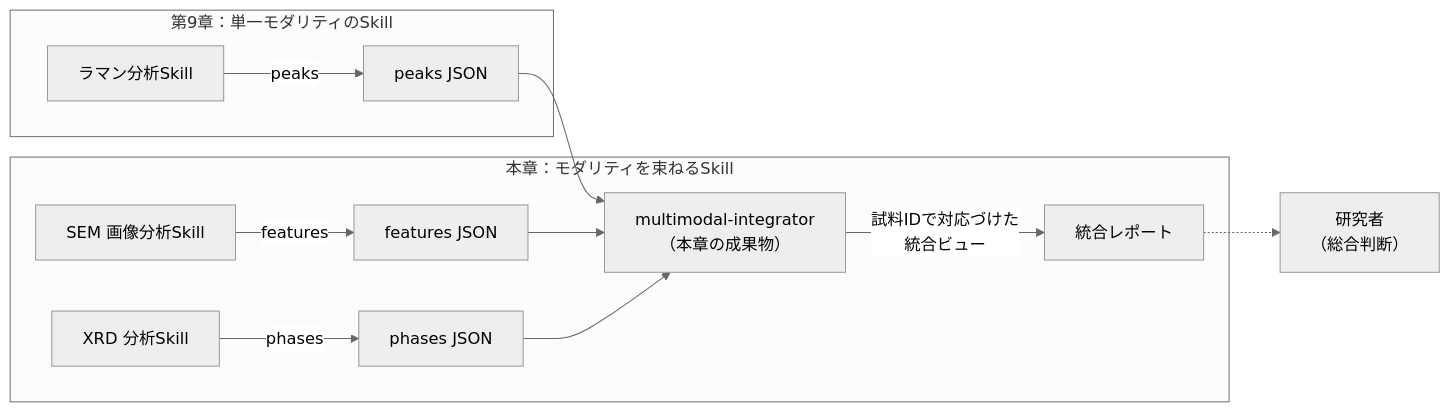
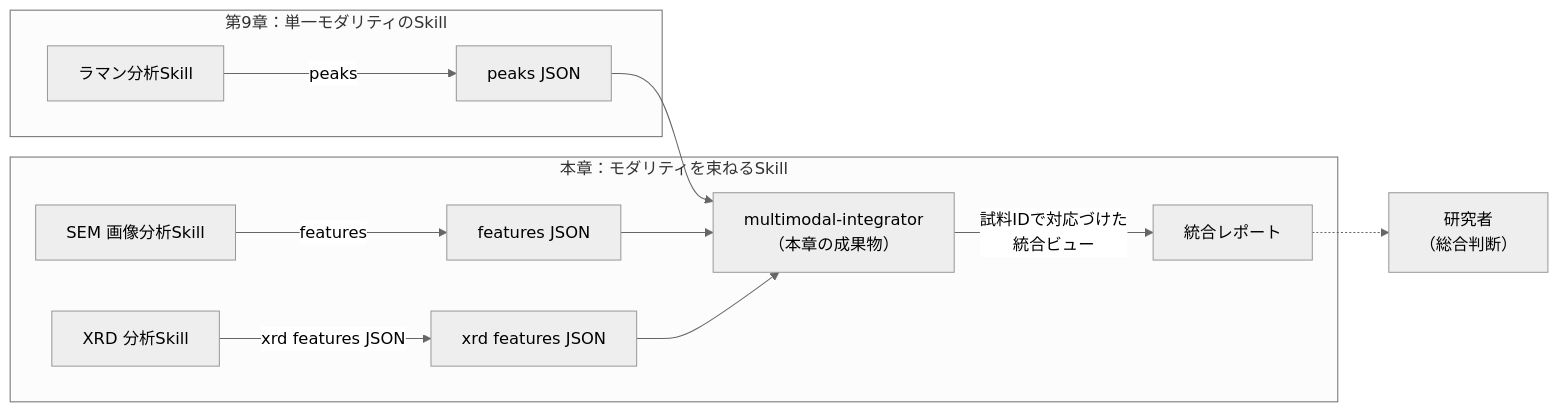
Before and after one commit to nahisaho/agentic-data-analysis-cookbook: the first of 2 diagrams in reports/chapter-11.md, drawn with Mermaid (neutral theme). The commit also changed other lines of this file, not shown here.

````diff
--- a/reports/chapter-11.md
+++ b/reports/chapter-11.md
@@ -22,13 +25,13 @@
 ```mermaid
 flowchart LR
     subgraph Ch9["第9章：単一モダリティのSkill"]
         R1["ラマン分析Skill"] -->|peaks| J1["peaks JSON"]
     end
     subgraph New["本章：モダリティを束ねるSkill"]
         S["SEM 画像分析Skill"] -->|features| J2["features JSON"]
-        X["XRD 分析Skill"] -->|phases| J3["phases JSON"]
+        X["XRD 分析Skill"] -->|xrd features JSON| J3["xrd features JSON"]
         J1 & J2 & J3 --> M["multimodal-integrator<br/>（本章の成果物）"]
         M -->|試料IDで対応づけた<br/>統合ビュー| Report["統合レポート"]
     end
     Report -.-> Human["研究者<br/>（総合判断）"]
 ```
````
